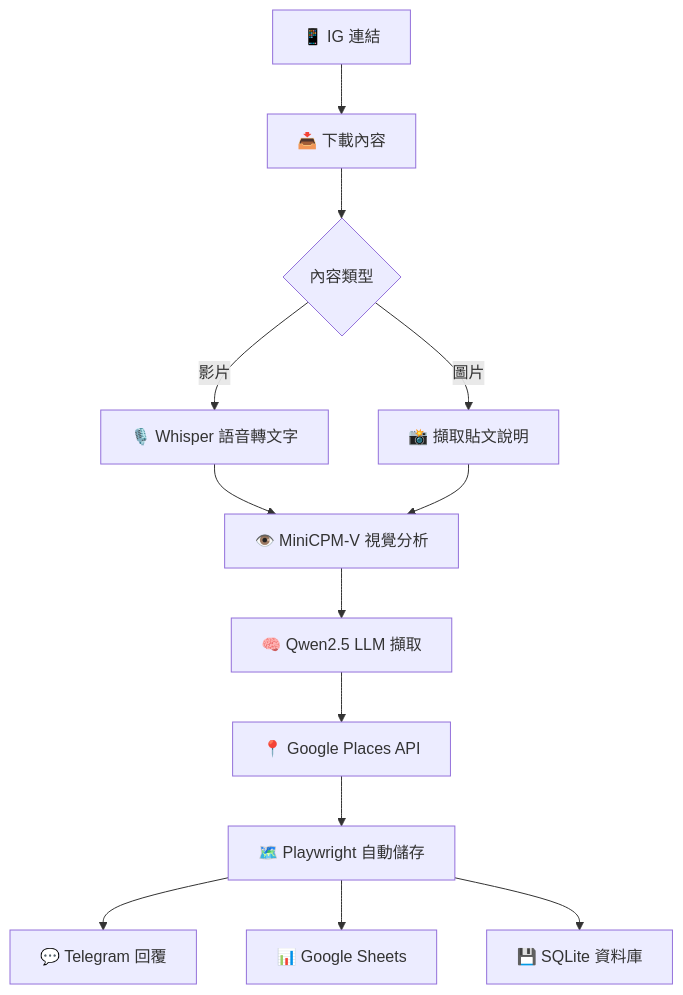
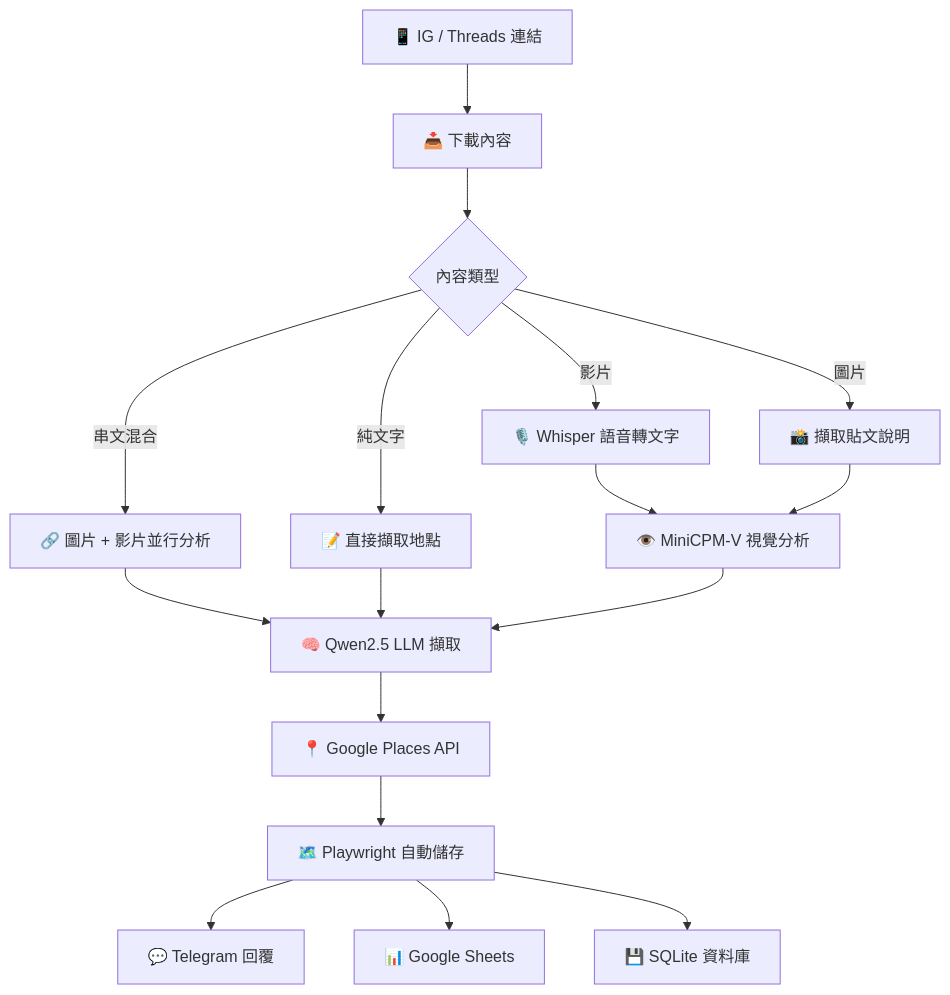
Before and after one commit to RyanLeeYi/instagram-place-to-maps: the diagram in README.md, drawn with Mermaid. The commit also changed other lines of this file and 8 other files, not shown here.

````diff
--- a/README.md
+++ b/README.md
@@ -25,15 +25,19 @@
 ```mermaid
 flowchart TD
-    A[📱 IG 連結] --> B[📥 下載內容]
+    A[📱 IG / Threads 連結] --> B[📥 下載內容]
     B --> C{內容類型}
     C -->|影片| D[🎙️ Whisper 語音轉文字]
     C -->|圖片| E[📸 擷取貼文說明]
+    C -->|串文混合| M[🔗 圖片 + 影片並行分析]
+    C -->|純文字| N[📝 直接擷取地點]
     D --> F[👁️ MiniCPM-V 視覺分析]
     E --> F
+    M --> G
+    N --> G
     F --> G[🧠 Qwen2.5 LLM 擷取]
     G --> H[📍 Google Places API]
     H --> I[🗺️ Playwright 自動儲存]
     I --> J[💬 Telegram 回覆]
     I --> K[📊 Google Sheets]
     I --> L[💾 SQLite 資料庫]
 ```
````
